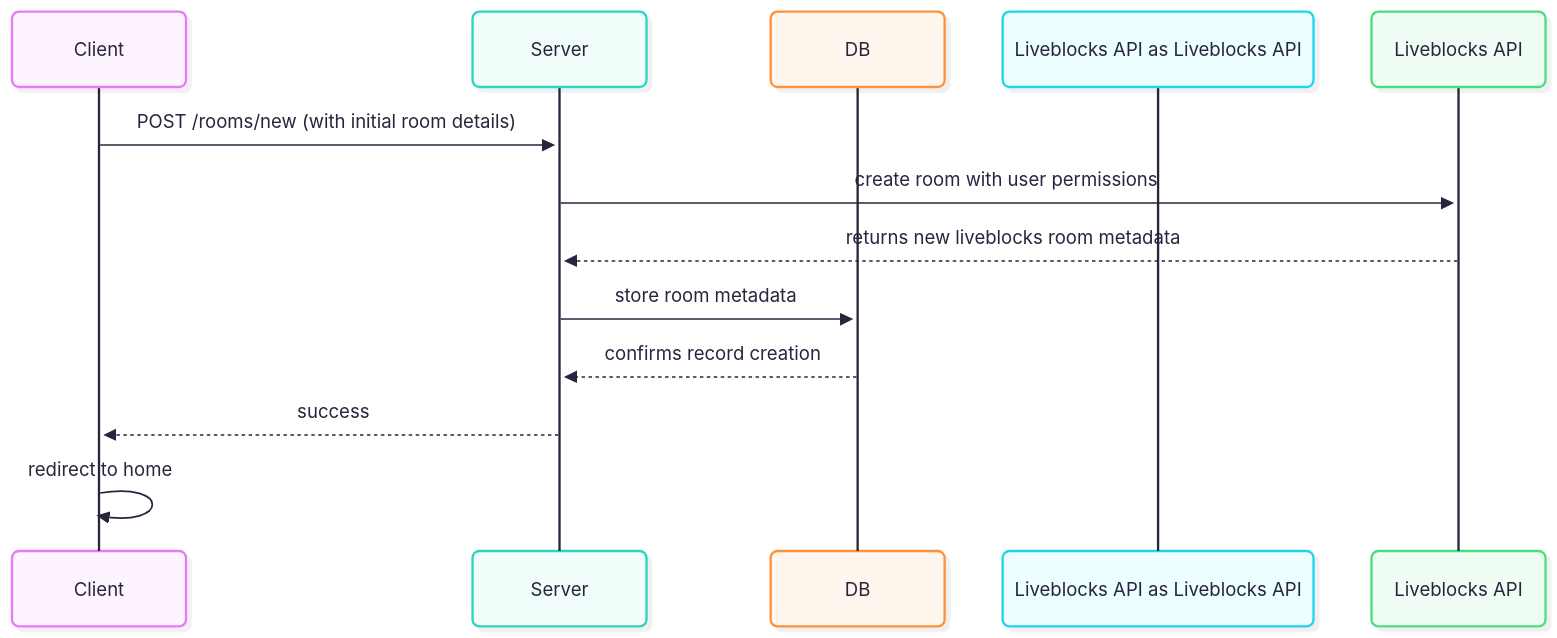
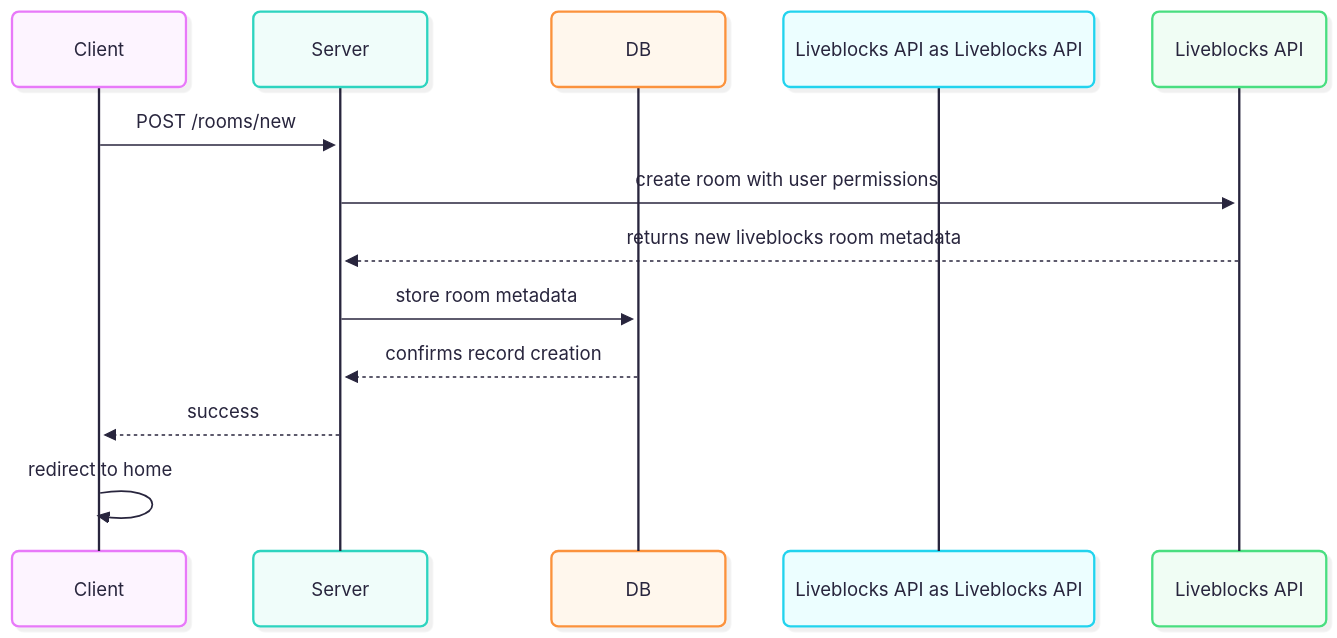
Before and after one commit to addy118/portfolio: the diagram in mermaid/livelet/llt-room-creation.mmd, drawn with Mermaid. The commit also changed 12 other files, not shown here.

```diff
--- a/mermaid/livelet/llt-room-creation.mmd
+++ b/mermaid/livelet/llt-room-creation.mmd
@@ -1,17 +1,17 @@
 ---
 config:
   theme: redux-color
   look: neo
 ---
 sequenceDiagram
   participant Client as Client
   participant Server as Server
   participant DB as DB
   participant Liveblocks API as Liveblocks API
-  Client ->> Server: POST /rooms/new (with initial room details)
+  Client ->> Server: POST /rooms/new 
   Server ->> Liveblocks API: create room with user permissions
   Liveblocks API -->> Server: returns new liveblocks room metadata
   Server ->> DB: store room metadata
   DB -->> Server: confirms record creation
   Server -->> Client: success
   Client ->> Client: redirect to home
```
